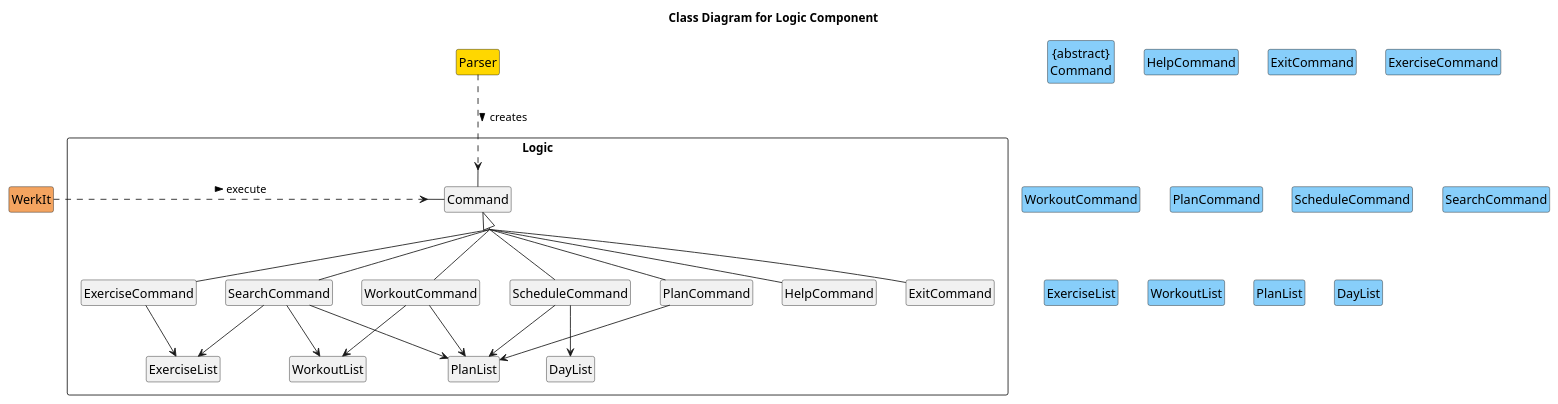
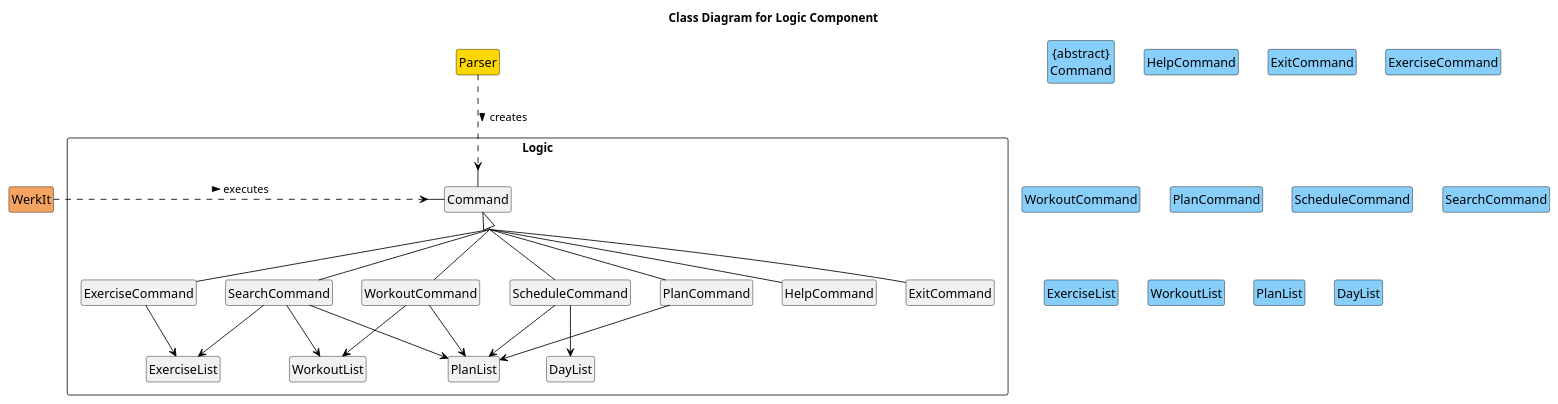
One commit to nus-cs2113-AY2122S2/tp changed the diagram in docs/uml/classDiagrams/logicComponent.puml. Above: the diagram before and after it, drawn with PlantUML. The commit also changed 3 other files, not shown here.

Commit message:
Update logic component writeup and diagrams

```diff
--- a/docs/uml/classDiagrams/logicComponent.puml
+++ b/docs/uml/classDiagrams/logicComponent.puml
@@ -1,59 +1,62 @@
 @startuml
+'https://plantuml.com/sequence-diagram
 skinparam groupInheritance 2
 skinparam classFontSize 15
+skinparam arrowColor #Black
+skinparam classBorderColor #Black
 hide circle
 hide empty methods
 hide empty attribute
 title Class Diagram for Logic Component
 
 rectangle Logic {
 Command <|-- HelpCommand
 Command <|-- ExitCommand
 Command <|-- ExerciseCommand
 Command <|-- WorkoutCommand
 Command <|-- PlanCommand
 Command <|-- ScheduleCommand
 Command <|-- SearchCommand
 ExerciseList <-u- ExerciseCommand
 WorkoutList <-u- WorkoutCommand
 PlanList <-u- WorkoutCommand
 PlanList <-u- PlanCommand
 PlanList <-u- ScheduleCommand
 DayList <-u- ScheduleCommand
 ExerciseList <-u- SearchCommand
 WorkoutList <-u- SearchCommand
 PlanList <-u- SearchCommand
 }
 
 Parser-.>Command:creates >
-WerkIt-r.>Command: execute >
+WerkIt-r.>Command: executes >
 
 class "{abstract}\nCommand" as Command #LightSkyBlue {
 }
 class Parser #Gold {
 }
 class WerkIt #Sandybrown {
 }
 class HelpCommand #LightSkyBlue {
 }
 class ExitCommand #LightSkyBlue {
 }
 class ExerciseCommand #LightSkyBlue {
 }
 class WorkoutCommand #LightSkyBlue {
 }
 class PlanCommand #LightSkyBlue {
 }
 class ScheduleCommand #LightSkyBlue {
 }
 class SearchCommand #LightSkyBlue {
 }
 class ExerciseList #LightSkyBlue {
 }
 class WorkoutList #LightSkyBlue {
 }
 class PlanList #LightSkyBlue {
 }
 class DayList #LightSkyBlue {
 }
 @enduml
```
